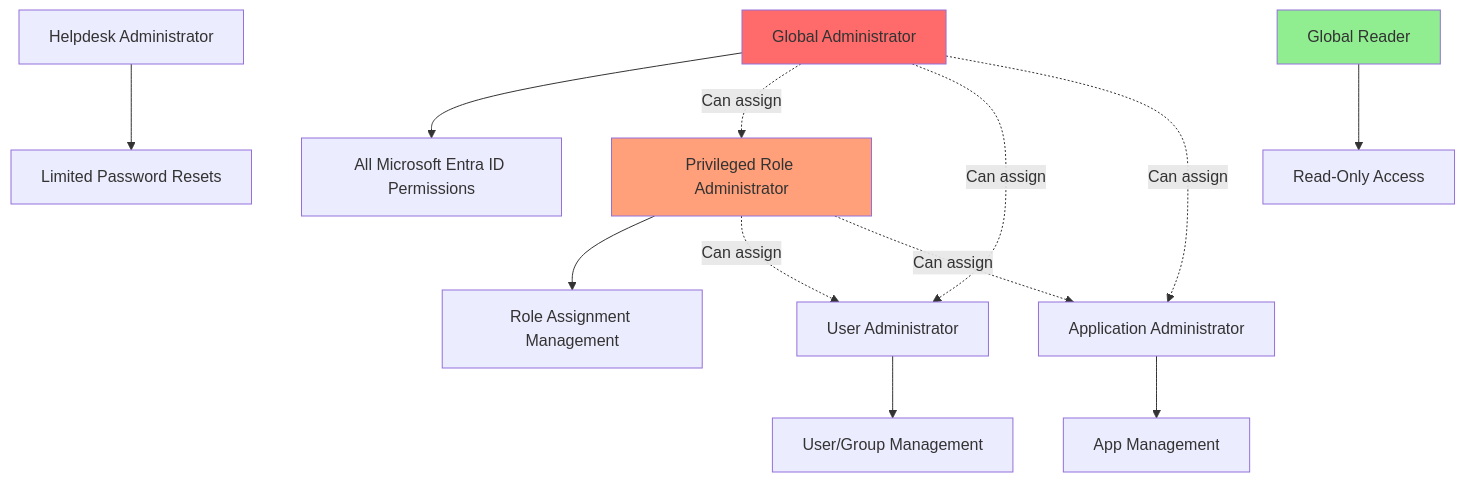
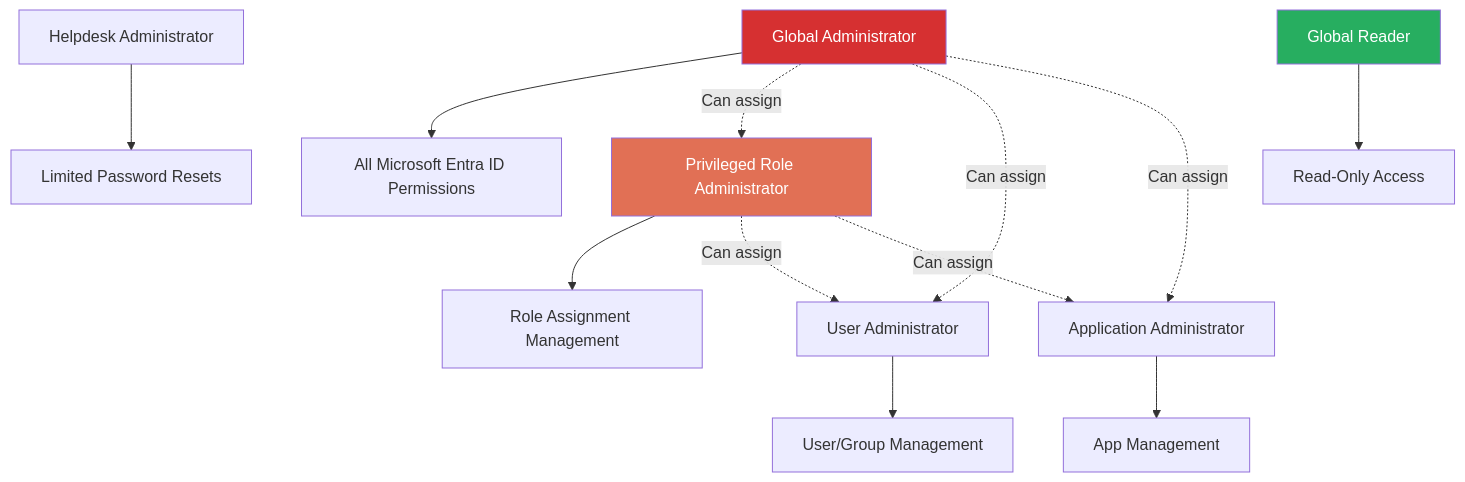
Before and after one commit to gurkanindibay/azure_learning: the second of 15 diagrams in architecture-azure/security/azure-roles-comprehensive-guide.md, drawn with Mermaid. The commit also changed other lines of this file and 7 other files, not shown here.

Commit message:
Add accessibility guidelines for diagrams and documentation

````diff
--- a/architecture-azure/security/azure-roles-comprehensive-guide.md
+++ b/architecture-azure/security/azure-roles-comprehensive-guide.md
@@ -144,19 +144,19 @@
 ```mermaid
 graph TD
     A[Global Administrator] --> B[All Microsoft Entra ID Permissions]
     C[Privileged Role Administrator] --> D[Role Assignment Management]
     E[User Administrator] --> F[User/Group Management]
     G[Application Administrator] --> H[App Management]
     I[Helpdesk Administrator] --> J[Limited Password Resets]
     K[Global Reader] --> L[Read-Only Access]
     
     A -.Can assign.-> C
     A -.Can assign.-> E
     A -.Can assign.-> G
     C -.Can assign.-> E
     C -.Can assign.-> G
     
-    style A fill:#ff6b6b
-    style C fill:#ffa07a
-    style K fill:#90EE90
+    style A fill:#d63031,color:#ffffff
+    style C fill:#e17055,color:#ffffff
+    style K fill:#27ae60,color:#ffffff
 ```
````
